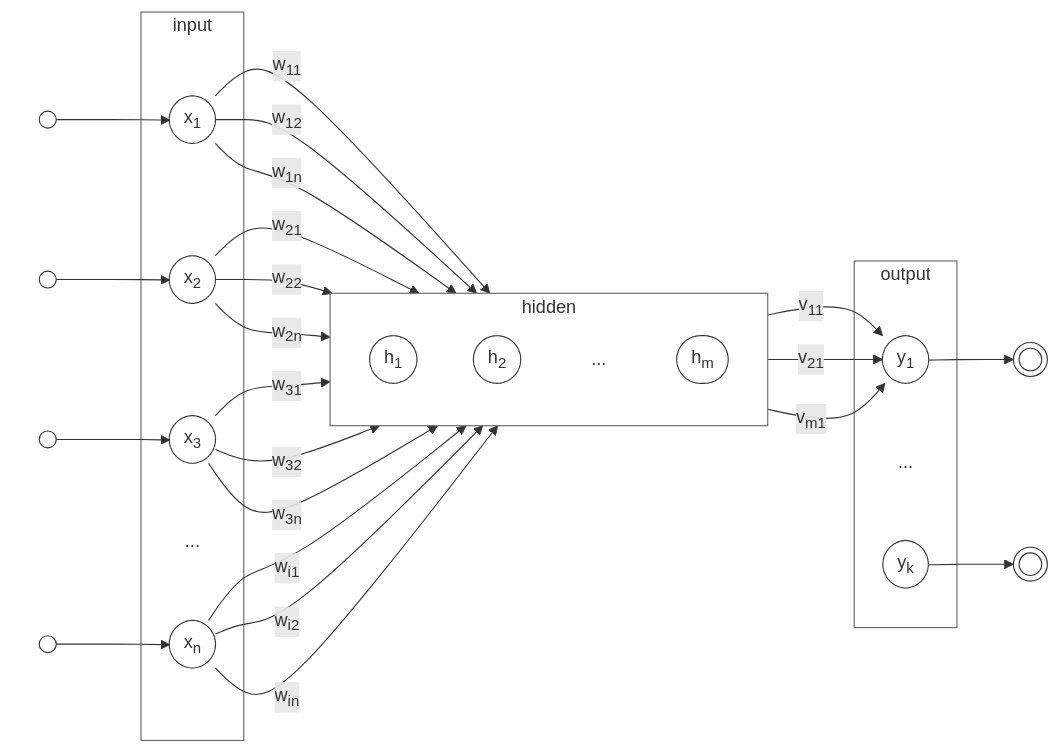
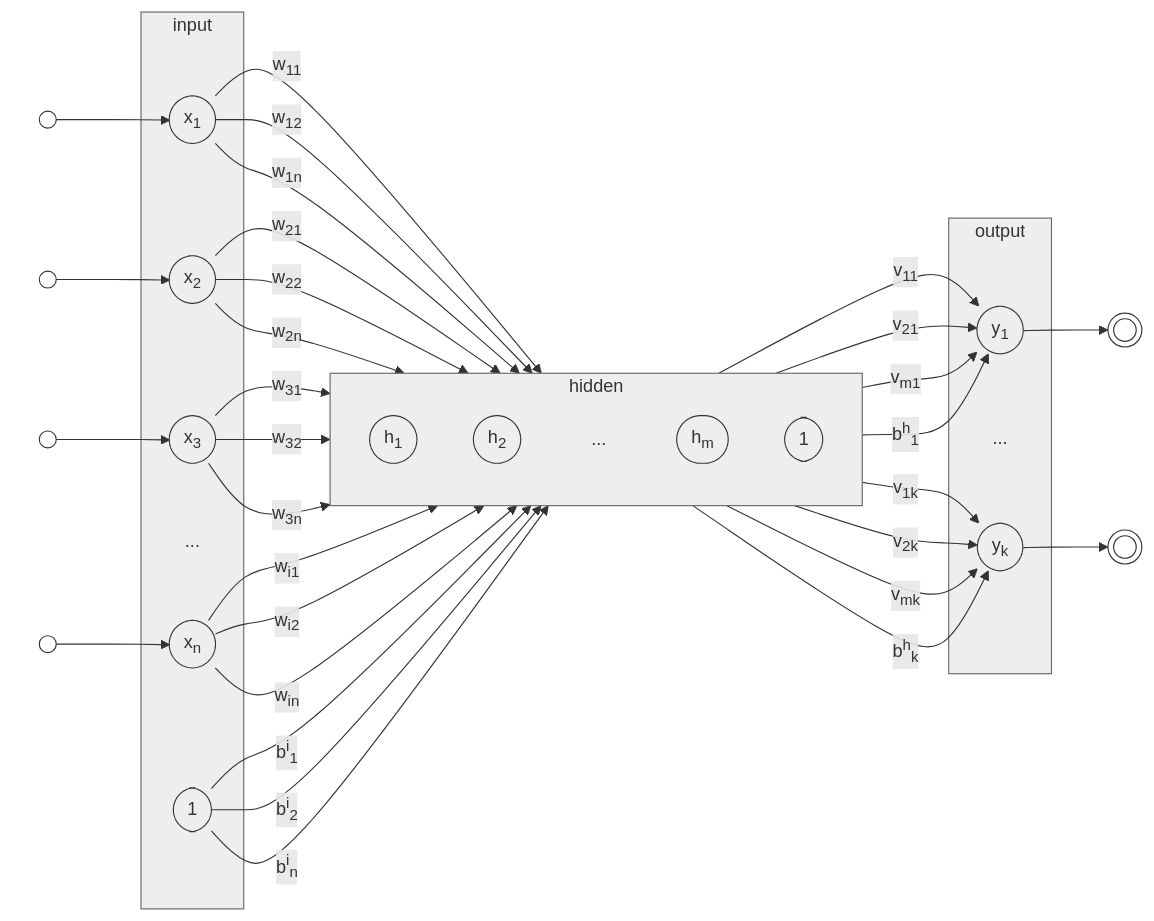
One commit to Insper/ann-dl changed the first of 2 diagrams in docs/classes/mlp/main.md. Above: the diagram before and after it, drawn with Mermaid. The commit also changed other lines of this file, not shown here.

````diff
--- a/docs/classes/mlp/main.md
+++ b/docs/classes/mlp/main.md
@@ -6,59 +6,69 @@
 ``` mermaid
 flowchart LR
     classDef default fill:transparent,stroke:#333,stroke-width:1px;
     classDef others fill:transparent,stroke:transparent,stroke-width:0px;
     subgraph in[" "]
         in1@{ shape: circle, label: " " }
         in2@{ shape: circle, label: " " }
         in3@{ shape: circle, label: " " }
         inn@{ shape: circle, label: " " }
     end
     subgraph input
         x1(["x<sub>1</sub>"])
         x2(["x<sub>2</sub>"])
         x3(["x<sub>3</sub>"])
         xd(["..."]):::others
         xn(["x<sub>n</sub>"])
+        xb(["1"])
     end
     subgraph hidden
         direction TB
         h1(["h<sub>1</sub>"])
         h2(["h<sub>2</sub>"])
         hd(["..."]):::others
         hm(["h<sub>m</sub>"])
+        hb(["1"])
     end
     subgraph output
         y1(["y<sub>1</sub>"])
         yd(["..."]):::others
         yk(["y<sub>k</sub>"])
     end
     in1@{ shape: circle, label: " " } --> x1
     in2@{ shape: circle, label: " " } --> x2
     in3@{ shape: circle, label: " " } --> x3
     inn@{ shape: circle, label: " " } --> xn
 
     x1 -->|"w<sub>11</sub>"|h1
     x1 -->|"w<sub>12</sub>"|h2
     x1 -->|"w<sub>1n</sub>"|hm
     x2 -->|"w<sub>21</sub>"|h1
     x2 -->|"w<sub>22</sub>"|h2
     x2 -->|"w<sub>2n</sub>"|hm
     x3 -->|"w<sub>31</sub>"|h1
     x3 -->|"w<sub>32</sub>"|h2
     x3 -->|"w<sub>3n</sub>"|hm
     xn -->|"w<sub>i1</sub>"|h1
     xn -->|"w<sub>i2</sub>"|h2
     xn -->|"w<sub>in</sub>"|hm
-    
+    xb -->|"b<sup>i</sup><sub>1</sub>"|h1
+    xb -->|"b<sup>i</sup><sub>2</sub>"|h2
+    xb -->|"b<sup>i</sup><sub>n</sub>"|hm
+
     h1 -->|"v<sub>11</sub>"|y1
+    h1 -->|"v<sub>1k</sub>"|yk
     h2 -->|"v<sub>21</sub>"|y1
+    h2 -->|"v<sub>2k</sub>"|yk
     hm -->|"v<sub>m1</sub>"|y1
+    hm -->|"v<sub>mk</sub>"|yk
+    hb -->|"b<sup>h</sup><sub>1</sub>"|y1
+    hb -->|"b<sup>h</sup><sub>k</sub>"|yk
 
     y1 --> out1@{ shape: dbl-circ, label: " " }
     yk --> outn@{ shape: dbl-circ, label: " " }
 
     style in fill:#fff,stroke:#666,stroke-width:0px
-    style input fill:#fff,stroke:#666,stroke-width:1px
-    style hidden fill:#fff,stroke:#666,stroke-width:1px
-    style output fill:#fff,stroke:#666,stroke-width:1px
+    style input fill:#eee,stroke:#666,stroke-width:1px
+    style hidden fill:#eee,stroke:#666,stroke-width:1px
+    style output fill:#eee,stroke:#666,stroke-width:1px
 ```
````
